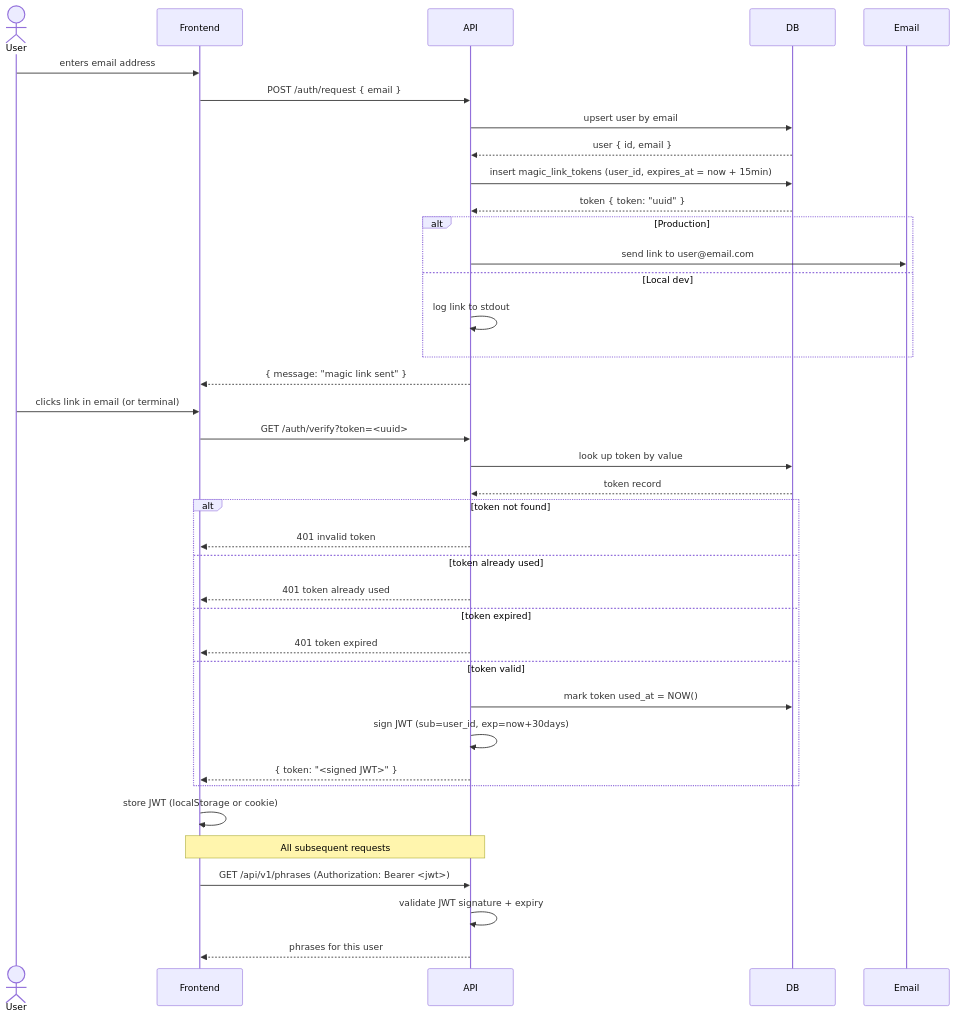
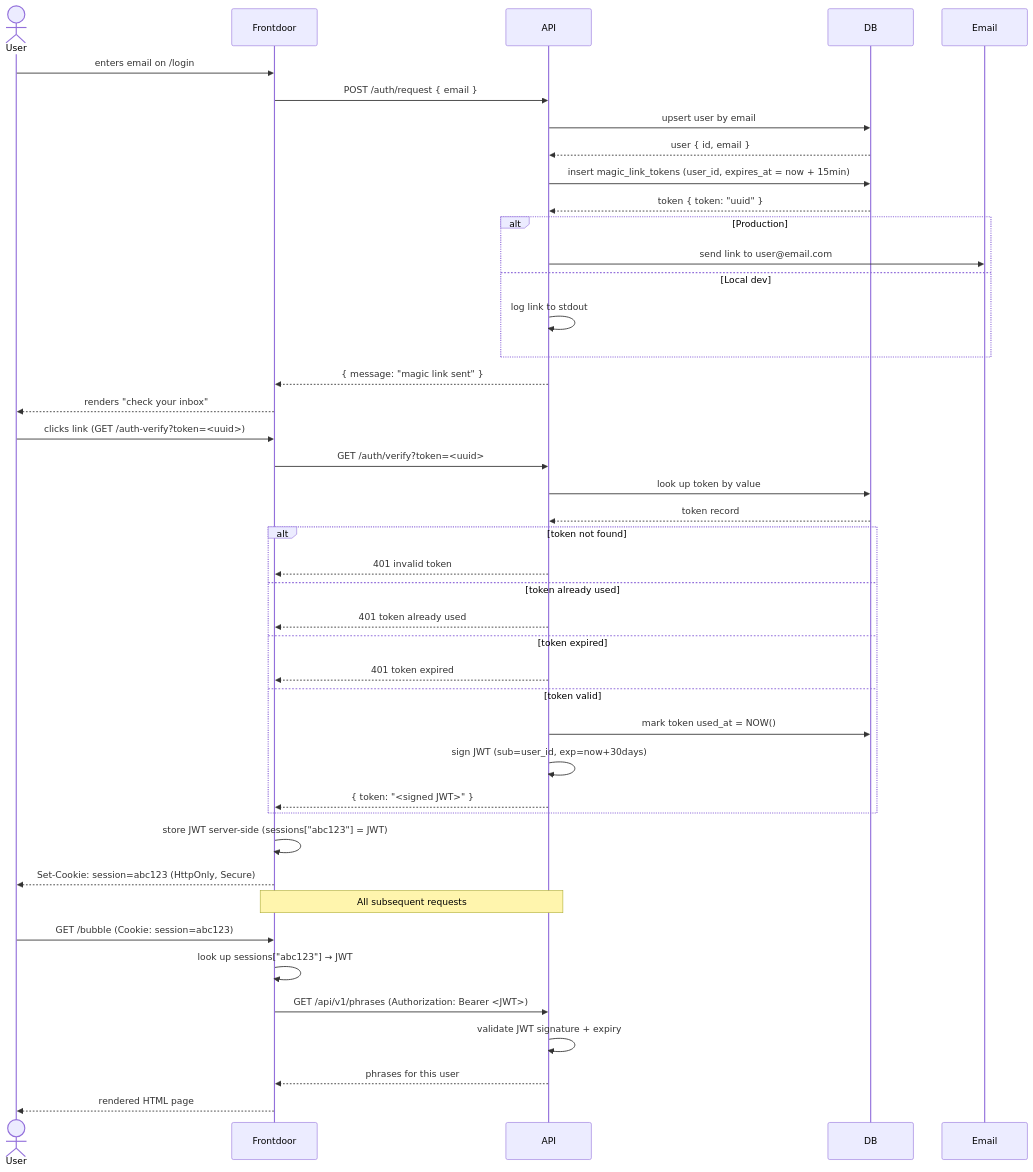
Before and after one commit to andreistefanciprian/phrasely: the diagram in docs/auth-magic-link.md, drawn with Mermaid. The commit also changed other lines of this file and 24 other files, not shown here.

````diff
--- a/docs/auth-magic-link.md
+++ b/docs/auth-magic-link.md
@@ -5,50 +5,54 @@
 ```mermaid
 sequenceDiagram
     actor User
-    participant Frontend
+    participant Frontdoor
     participant API
     participant DB
     participant Email
 
-    User->>Frontend: enters email address
-
-    Frontend->>API: POST /auth/request { email }
+    User->>Frontdoor: enters email on /login
+    Frontdoor->>API: POST /auth/request { email }
     API->>DB: upsert user by email
     DB-->>API: user { id, email }
     API->>DB: insert magic_link_tokens (user_id, expires_at = now + 15min)
     DB-->>API: token { token: "uuid" }
 
     alt Production
         API->>Email: send link to user@email.com
     else Local dev
         API->>API: log link to stdout
     end
 
-    API-->>Frontend: { message: "magic link sent" }
+    API-->>Frontdoor: { message: "magic link sent" }
+    Frontdoor-->>User: renders "check your inbox"
 
-    User->>Frontend: clicks link in email (or terminal)
-    Frontend->>API: GET /auth/verify?token=<uuid>
+    User->>Frontdoor: clicks link (GET /auth-verify?token=<uuid>)
+    Frontdoor->>API: GET /auth/verify?token=<uuid>
 
     API->>DB: look up token by value
     DB-->>API: token record
 
     alt token not found
-        API-->>Frontend: 401 invalid token
+        API-->>Frontdoor: 401 invalid token
     else token already used
-        API-->>Frontend: 401 token already used
+        API-->>Frontdoor: 401 token already used
     else token expired
-        API-->>Frontend: 401 token expired
+        API-->>Frontdoor: 401 token expired
     else token valid
         API->>DB: mark token used_at = NOW()
         API->>API: sign JWT (sub=user_id, exp=now+30days)
-        API-->>Frontend: { token: "<signed JWT>" }
+        API-->>Frontdoor: { token: "<signed JWT>" }
     end
 
-    Frontend->>Frontend: store JWT (localStorage or cookie)
+    Frontdoor->>Frontdoor: store JWT server-side (sessions["abc123"] = JWT)
+    Frontdoor-->>User: Set-Cookie: session=abc123 (HttpOnly, Secure)
 
-    Note over Frontend,API: All subsequent requests
+    Note over Frontdoor,API: All subsequent requests
 
-    Frontend->>API: GET /api/v1/phrases (Authorization: Bearer <jwt>)
+    User->>Frontdoor: GET /bubble (Cookie: session=abc123)
+    Frontdoor->>Frontdoor: look up sessions["abc123"] → JWT
+    Frontdoor->>API: GET /api/v1/phrases (Authorization: Bearer <JWT>)
     API->>API: validate JWT signature + expiry
-    API-->>Frontend: phrases for this user
+    API-->>Frontdoor: phrases for this user
+    Frontdoor-->>User: rendered HTML page
 ```
````
